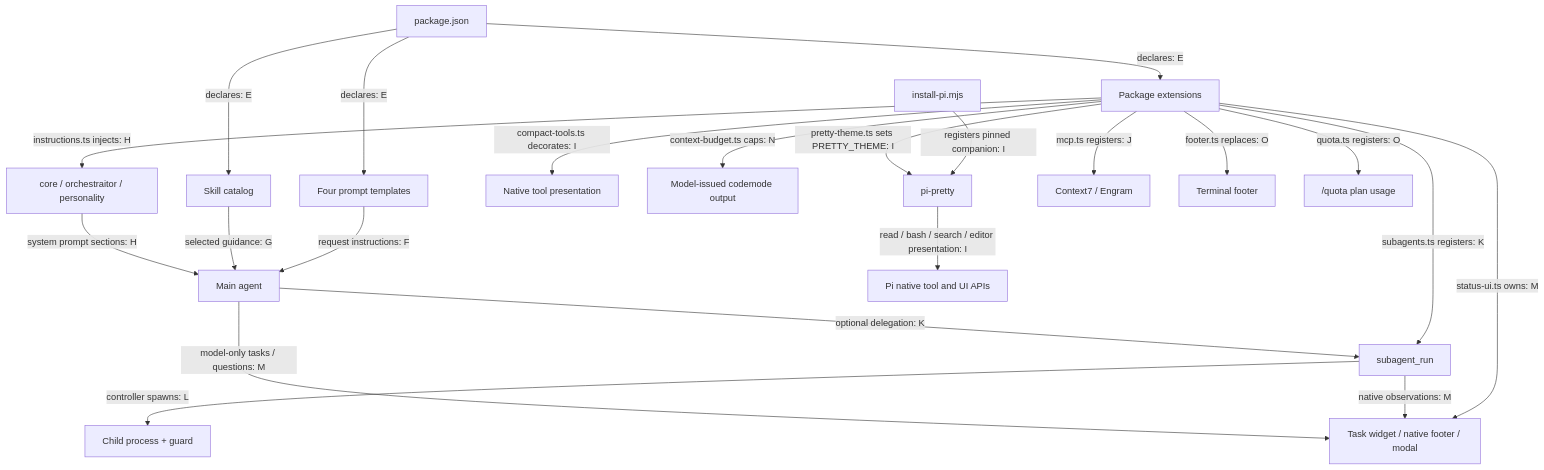
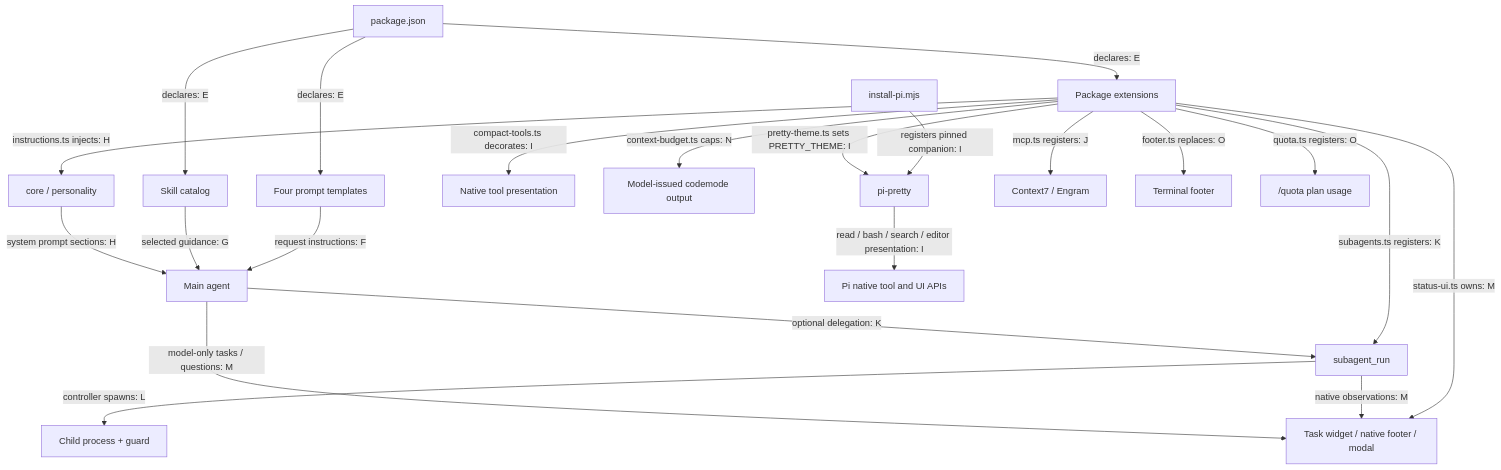
Before and after one commit to andresnator/pi-orchestraitor: the second of 2 diagrams in docs/architecture/index.md, drawn with Mermaid. The commit also changed 1 other file, not shown here.

Commit message:
fix(instructions): withhold done while a required check fails

````diff
--- a/docs/architecture/index.md
+++ b/docs/architecture/index.md
@@ -37,24 +37,24 @@
 ```mermaid
 flowchart TB
   M[package.json] -->|declares: E| X[Package extensions]
   M -->|declares: E| P[Four prompt templates]
   M -->|declares: E| S[Skill catalog]
   P -->|request instructions: F| A[Main agent]
   S -->|selected guidance: G| A
-  X -->|instructions.ts injects: H| I[core / orchestraitor / personality]
+  X -->|instructions.ts injects: H| I[core / personality]
   I -->|system prompt sections: H| A
   X -->|compact-tools.ts decorates: I| T[Native tool presentation]
   X -->|context-budget.ts caps: N| CB[Model-issued codemode output]
   INS[install-pi.mjs] -->|registers pinned companion: I| PP[pi-pretty]
   X -->|pretty-theme.ts sets PRETTY_THEME: I| PP
   PP -->|read / bash / search / editor presentation: I| PUI[Pi native tool and UI APIs]
   X -->|mcp.ts registers: J| MCP[Context7 / Engram]
   X -->|subagents.ts registers: K| SR[subagent_run]
   A -->|optional delegation: K| SR
   SR -->|controller spawns: L| CH[Child process + guard]
   X -->|status-ui.ts owns: M| UI[Task widget / native footer / modal]
   SR -->|native observations: M| UI
   A -->|model-only tasks / questions: M| UI
   X -->|footer.ts replaces: O| FT[Terminal footer]
   X -->|quota.ts registers: O| Q["/quota plan usage"]
 ```
````
